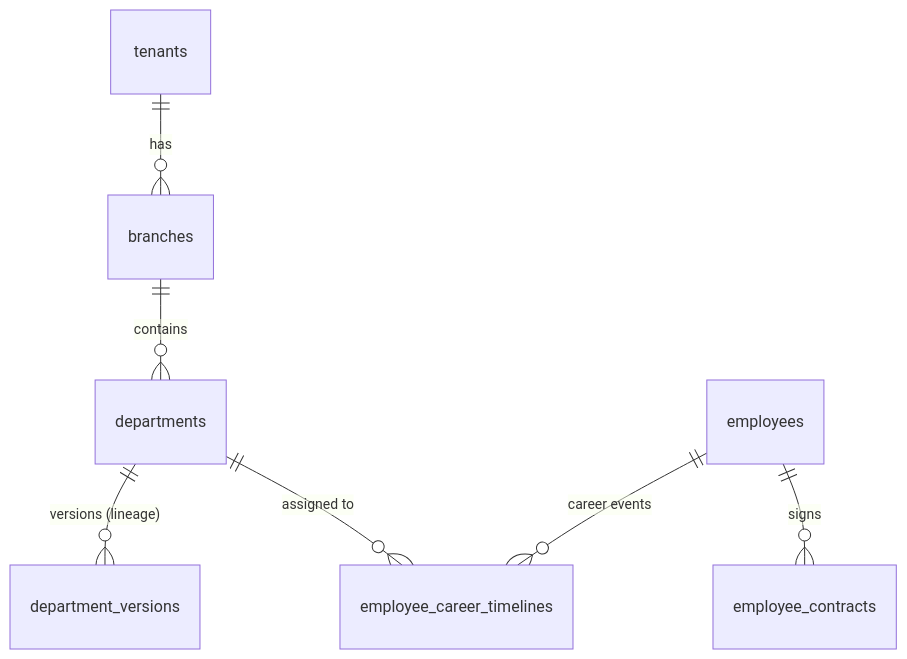
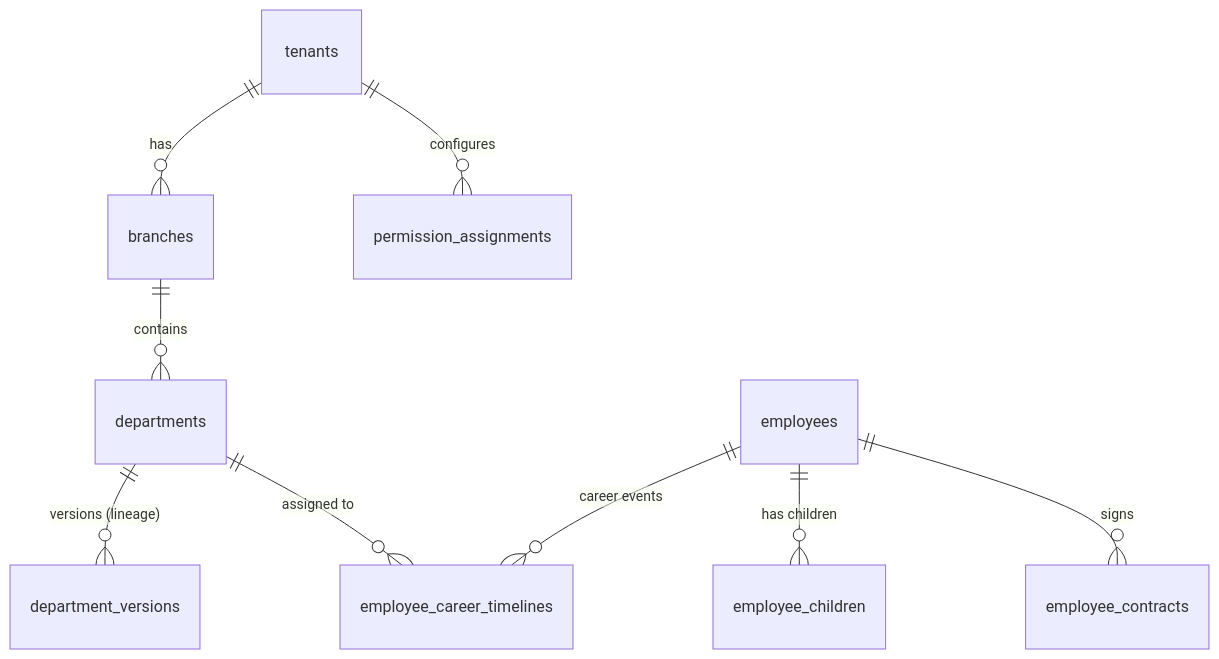
The first of 2 diagrams in docs/modules/01_core_hr.md (hungpd9/smartHr), drawn with Mermaid before and after one commit. The commit also changed other lines of this file and 107 other files, not shown here.

````diff
--- a/docs/modules/01_core_hr.md
+++ b/docs/modules/01_core_hr.md
@@ -24,9 +27,11 @@
 ```mermaid
 erDiagram
     tenants ||--o{ branches : "has"
     branches ||--o{ departments : "contains"
     departments ||--o{ department_versions : "versions (lineage)"
     departments ||--o{ employee_career_timelines : "assigned to"
     employees ||--o{ employee_career_timelines : "career events"
+    employees ||--o{ employee_children : "has children"
     employees ||--o{ employee_contracts : "signs"
+    tenants ||--o{ permission_assignments : "configures"
 ```
````
